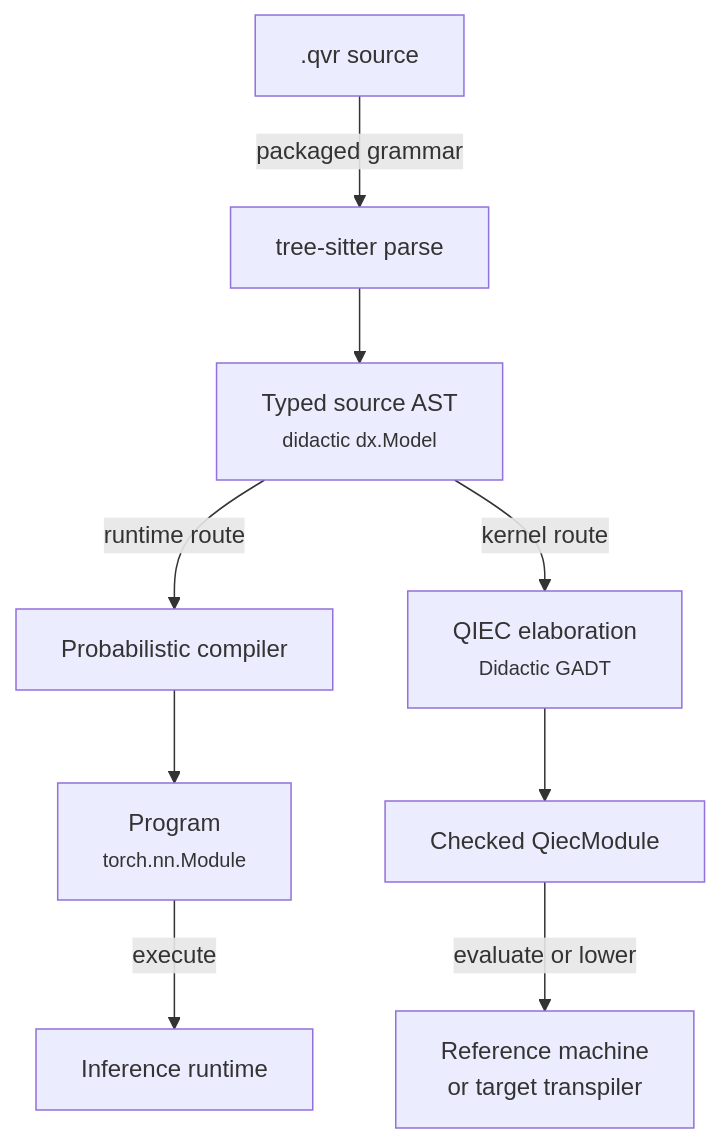
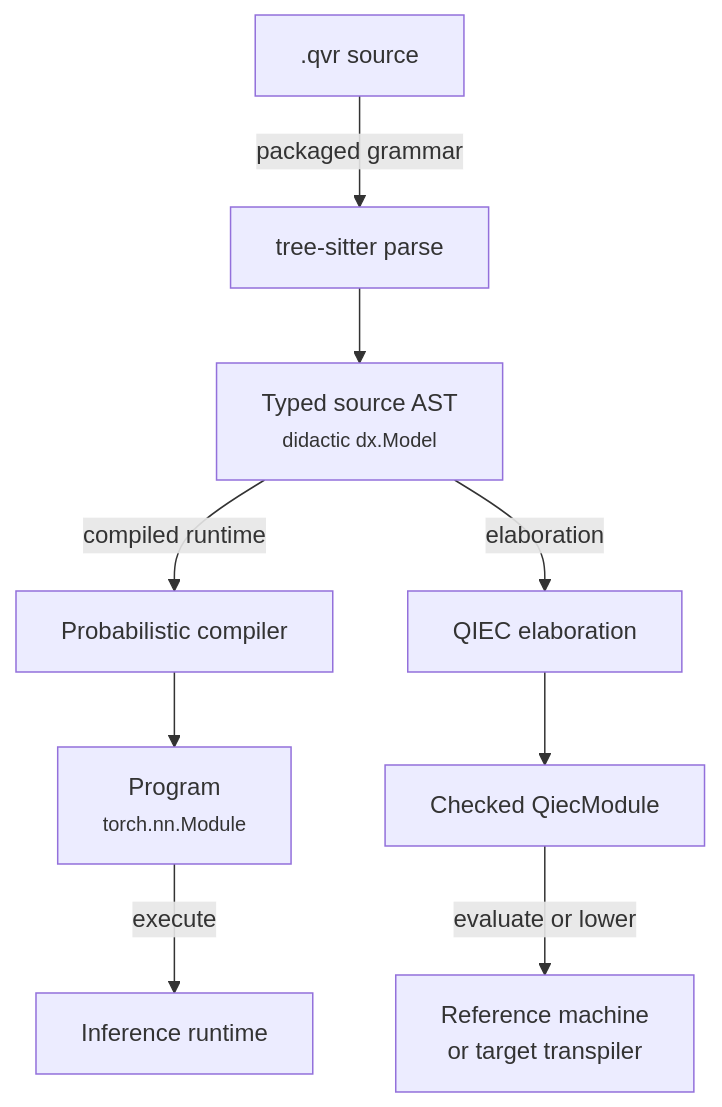
The diagram in docs/guides/dsl-overview.md (quivers-dev/quivers), drawn with Mermaid before and after one commit. The commit also changed other lines of this file and 276 other files, not shown here.

````diff
--- a/docs/guides/dsl-overview.md
+++ b/docs/guides/dsl-overview.md
@@ -80,11 +68,11 @@
 ```mermaid
 flowchart TB
-    SRC[".qvr source"] -->|packaged grammar| PARSE["tree-sitter parse"] --> AST["Typed source AST<br/><small>didactic dx.Model</small>"]
-    AST -->|runtime route| COMPILER["Probabilistic compiler"] --> PROG["Program<br/><small>torch.nn.Module</small>"]
-    AST -->|kernel route| ELAB["QIEC elaboration<br/><small>Didactic GADT</small>"] --> CORE["Checked QiecModule"]
-    PROG -->|execute| RUN["Inference runtime"]
-    CORE -->|evaluate or lower| PORTABLE["Reference machine<br/>or target transpiler"]
+    SRC[".qvr source"] -->|"packaged grammar"| PARSE["tree-sitter parse"] --> AST["Typed source AST<br/><small>didactic dx.Model</small>"]
+    AST -->|"compiled runtime"| COMPILER["Probabilistic compiler"] --> PROG["Program<br/><small>torch.nn.Module</small>"]
+    AST -->|"elaboration"| ELAB["QIEC elaboration"] --> CORE["Checked QiecModule"]
+    PROG -->|"execute"| RUN["Inference runtime"]
+    CORE -->|"evaluate or lower"| PORTABLE["Reference machine<br/>or target transpiler"]
     class SRC qv-input
     class PARSE,AST,COMPILER,ELAB,CORE qv-checked
     class PROG,RUN,PORTABLE qv-output
 ```
````
